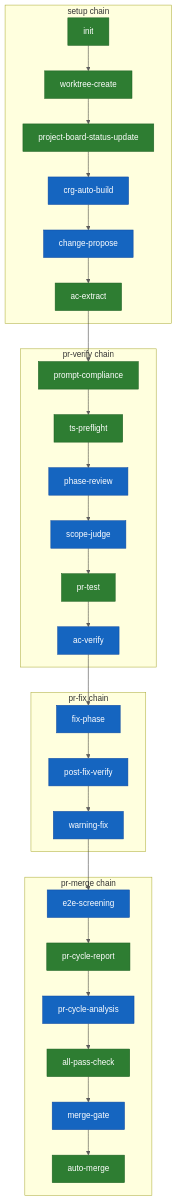
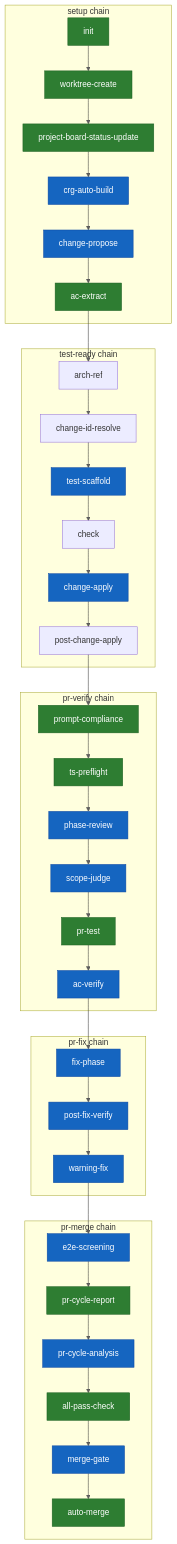
Before and after one commit to shuu5/twill: the second of 3 diagrams in plugins/twl/architecture/domain/contexts/autopilot.md, drawn with Mermaid. The commit also changed 2 other files, not shown here.

Commit message:
feat(deps): add test-ready chain to deps.yaml chains section (#297)
- Add test-ready chain (type B) with steps: arch-ref, change-id-resolve,
  test-scaffold, check, change-apply, post-change-apply
- Update meta_chains/test-ready: chain null → test-ready
- Add chain: test-ready back-ref to test-scaffold, check, change-apply
- Add dispatch_mode: runner to check component
- Add missing components: arch-ref, change-id-resolve, post-change-apply
- Update architecture spec via twl chain viz --update-arch
- twl --check: PASS (239 OK), twl --validate: PASS (0 violations)

````diff
--- a/plugins/twl/architecture/domain/contexts/autopilot.md
+++ b/plugins/twl/architecture/domain/contexts/autopilot.md
@@ -94,63 +94,78 @@
 ```mermaid
 flowchart TD
 
     subgraph setup["setup chain"]
         setup__init["init"]:::script
         setup__worktree_create["worktree-create"]:::script
         setup__project_board_status_update["project-board-status-update"]:::script
         setup__crg_auto_build["crg-auto-build"]:::llm
         setup__change_propose["change-propose"]:::llm
         setup__ac_extract["ac-extract"]:::script
+    end
+
+    subgraph test_ready["test-ready chain"]
+        test_ready__arch_ref["arch-ref"]
+        test_ready__change_id_resolve["change-id-resolve"]
+        test_ready__test_scaffold["test-scaffold"]:::llm
+        test_ready__check["check"]
+        test_ready__change_apply["change-apply"]:::llm
+        test_ready__post_change_apply["post-change-apply"]
     end
 
     subgraph pr_verify["pr-verify chain"]
         pr_verify__prompt_compliance["prompt-compliance"]:::script
         pr_verify__ts_preflight["ts-preflight"]:::script
         pr_verify__phase_review["phase-review"]:::llm
         pr_verify__scope_judge["scope-judge"]:::llm
         pr_verify__pr_test["pr-test"]:::script
         pr_verify__ac_verify["ac-verify"]:::llm
     end
 
     subgraph pr_fix["pr-fix chain"]
         pr_fix__fix_phase["fix-phase"]:::llm
         pr_fix__post_fix_verify["post-fix-verify"]:::llm
         pr_fix__warning_fix["warning-fix"]:::llm
     end
 
     subgraph pr_merge["pr-merge chain"]
         pr_merge__e2e_screening["e2e-screening"]:::llm
         pr_merge__pr_cycle_report["pr-cycle-report"]:::script
         pr_merge__pr_cycle_analysis["pr-cycle-analysis"]:::llm
         pr_merge__all_pass_check["all-pass-check"]:::script
         pr_merge__merge_gate["merge-gate"]:::llm
         pr_merge__auto_merge["auto-merge"]:::script
     end
 
     setup__init --> setup__worktree_create
     setup__worktree_create --> setup__project_board_status_update
     setup__project_board_status_update --> setup__crg_auto_build
     setup__crg_auto_build --> setup__change_propose
     setup__change_propose --> setup__ac_extract
+    test_ready__arch_ref --> test_ready__change_id_resolve
+    test_ready__change_id_resolve --> test_ready__test_scaffold
+    test_ready__test_scaffold --> test_ready__check
+    test_ready__check --> test_ready__change_apply
+    test_ready__change_apply --> test_ready__post_change_apply
     pr_verify__prompt_compliance --> pr_verify__ts_preflight
     pr_verify__ts_preflight --> pr_verify__phase_review
     pr_verify__phase_review --> pr_verify__scope_judge
     pr_verify__scope_judge --> pr_verify__pr_test
     pr_verify__pr_test --> pr_verify__ac_verify
     pr_fix__fix_phase --> pr_fix__post_fix_verify
     pr_fix__post_fix_verify --> pr_fix__warning_fix
     pr_merge__e2e_screening --> pr_merge__pr_cycle_report
     pr_merge__pr_cycle_report --> pr_merge__pr_cycle_analysis
     pr_merge__pr_cycle_analysis --> pr_merge__all_pass_check
     pr_merge__all_pass_check --> pr_merge__merge_gate
     pr_merge__merge_gate --> pr_merge__auto_merge
 
-    setup__ac_extract --> pr_verify__prompt_compliance
+    setup__ac_extract --> test_ready__arch_ref
+    test_ready__post_change_apply --> pr_verify__prompt_compliance
     pr_verify__ac_verify --> pr_fix__fix_phase
     pr_fix__warning_fix --> pr_merge__e2e_screening
 
     classDef script fill:#2e7d32,stroke:#1b5e20,color:#ffffff
     classDef llm fill:#1565c0,stroke:#0d47a1,color:#ffffff
     classDef composite fill:#7b1fa2,stroke:#4a148c,color:#ffffff
     classDef marker fill:#616161,stroke:#424242,color:#ffffff
 ```
````
